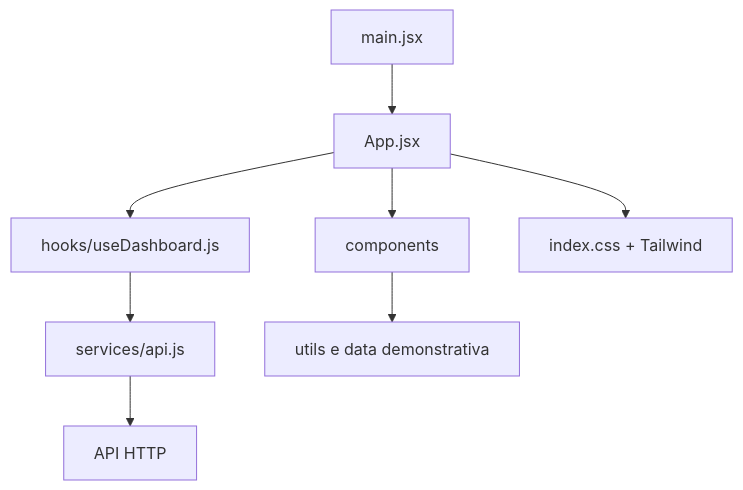
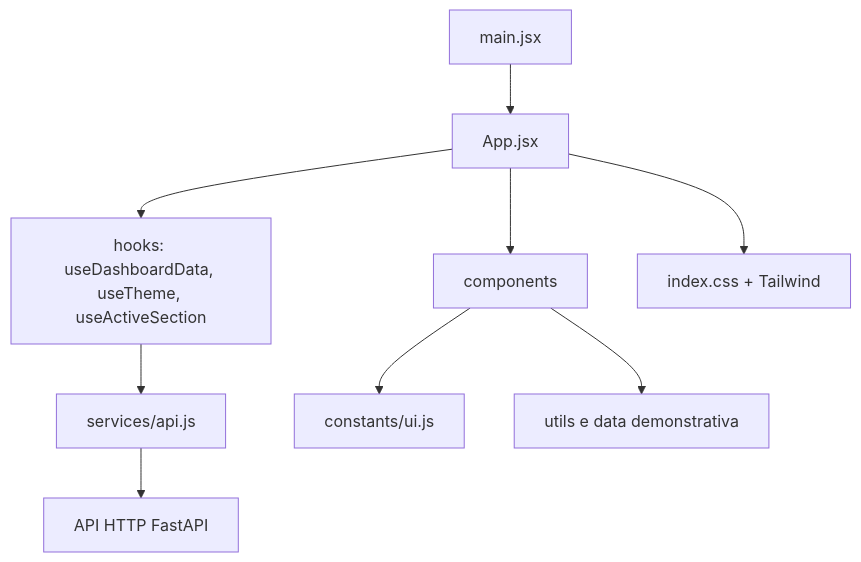
Before and after one commit to fabrica-bayarea/TimeTracker-2026-2: the diagram in FrontEnd/docs/ARQUITETURA.md, drawn with Mermaid. The commit also changed other lines of this file and 26 other files, not shown here.

````diff
--- a/FrontEnd/docs/ARQUITETURA.md
+++ b/FrontEnd/docs/ARQUITETURA.md
@@ -5,10 +5,11 @@
 ```mermaid
 flowchart TB
   M[main.jsx] --> A[App.jsx]
-  A --> H[hooks/useDashboard.js]
+  A --> H[hooks: useDashboardData, useTheme, useActiveSection]
   H --> S[services/api.js]
-  S --> API[API HTTP]
+  S --> API[API HTTP FastAPI]
   A --> C[components]
+  C --> CONST[constants/ui.js]
   C --> U[utils e data demonstrativa]
   A --> CSS[index.css + Tailwind]
 ```
````
